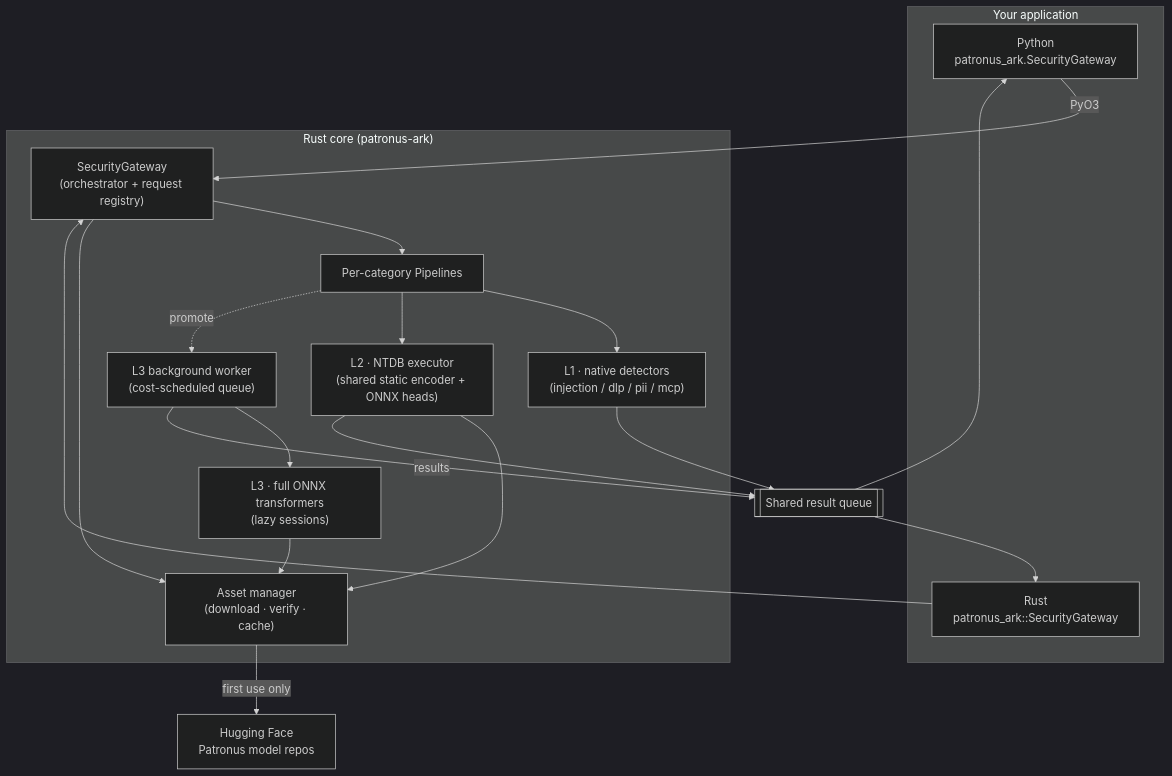
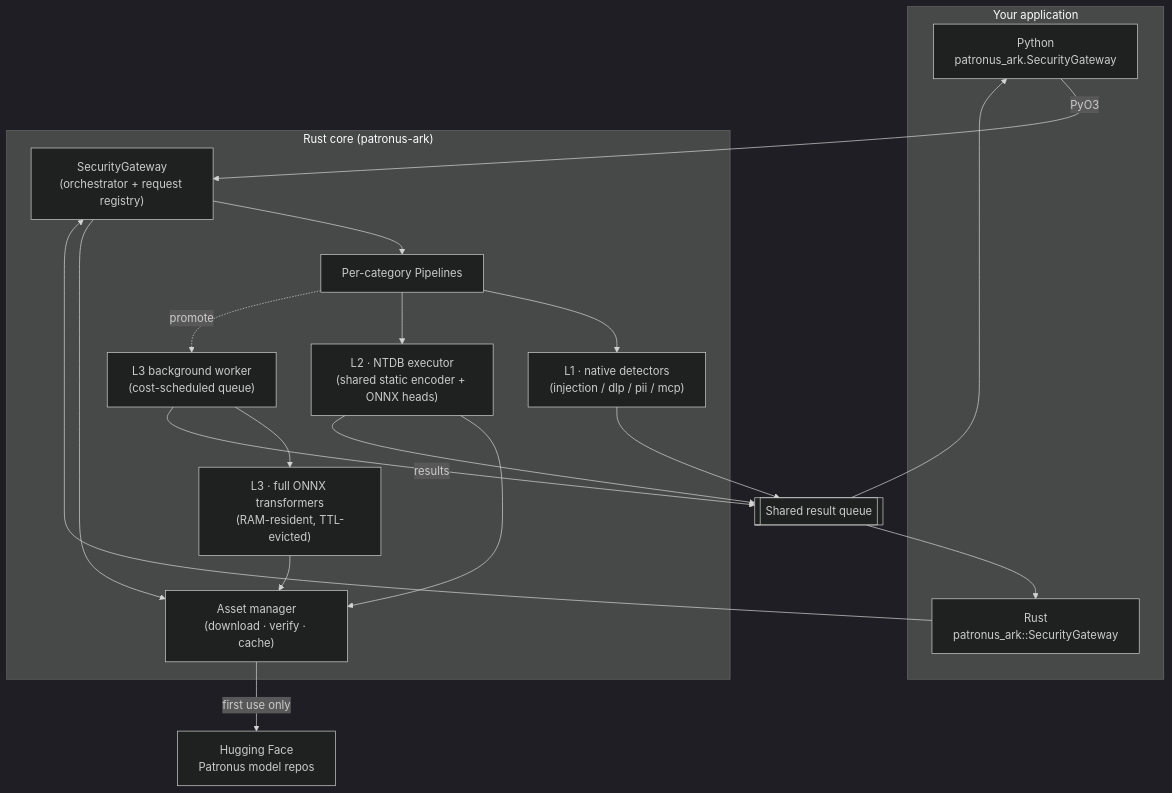
The first of 2 diagrams in docs/concepts/architecture.md (patronus-protect/patronus-security), drawn with Mermaid (dark theme) before and after one commit. The commit also changed other lines of this file and 19 other files, not shown here.

````diff
--- a/docs/concepts/architecture.md
+++ b/docs/concepts/architecture.md
@@ -13,29 +13,29 @@
 ```mermaid
 flowchart TB
     subgraph client["Your application"]
         Py["Python<br/>patronus_ark.SecurityGateway"]
         Rs["Rust<br/>patronus_ark::SecurityGateway"]
     end
 
     Py -->|PyO3| GW
     Rs --> GW
 
     subgraph core["Rust core (patronus-ark)"]
         GW["SecurityGateway<br/>(orchestrator + request registry)"]
         GW --> PIPE["Per-category Pipelines"]
         PIPE --> L1["L1 · native detectors<br/>(injection / dlp / pii / mcp)"]
         PIPE --> L2["L2 · NTDB executor<br/>(shared static encoder + ONNX heads)"]
         PIPE -.promote.-> WORKER["L3 background worker<br/>(cost-scheduled queue)"]
-        WORKER --> L3["L3 · full ONNX transformers<br/>(lazy sessions)"]
+        WORKER --> L3["L3 · full ONNX transformers<br/>(RAM-resident, TTL-evicted)"]
         GW --> ASSETS["Asset manager<br/>(download · verify · cache)"]
         L2 --> ASSETS
         L3 --> ASSETS
     end
 
     ASSETS -->|first use only| HF["Hugging Face<br/>Patronus model repos"]
     WORKER -->|results| QUEUE[["Shared result queue"]]
     L1 --> QUEUE
     L2 --> QUEUE
     QUEUE --> Py
     QUEUE --> Rs
 ```
````
